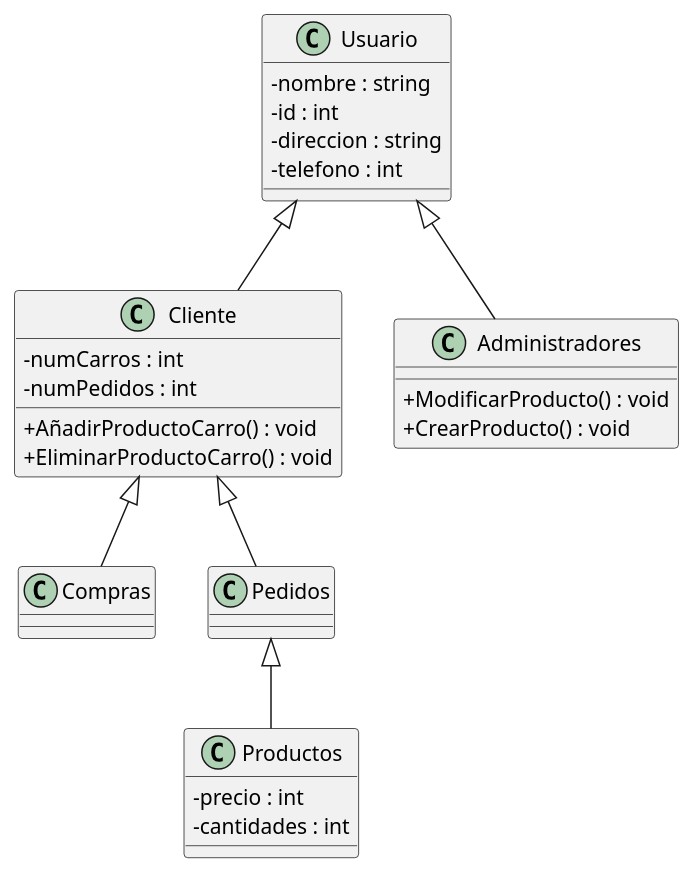
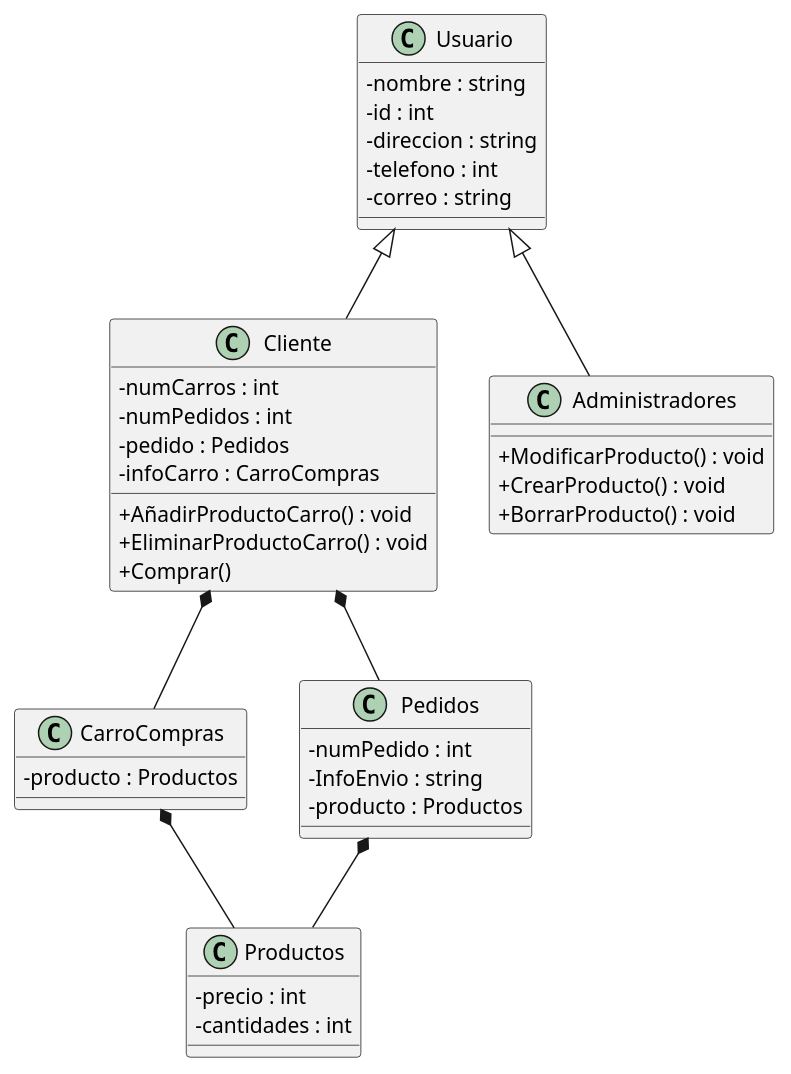
Before and after one commit to sandracremades/ED: the diagram in uml/TiendaOnline.puml, drawn with PlantUML.

Commit message:
ejercicio

```diff
--- a/uml/TiendaOnline.puml
+++ b/uml/TiendaOnline.puml
@@ -1,36 +1,50 @@
 @startuml VentaOnline
 skinparam classAttributeIconSize 0
-class Usuario{
+class Usuario
+{
     -nombre : string 
     -id : int
     -direccion : string
     -telefono : int
+    -correo : string
 }
-class Cliente{
+class Cliente
+{
     -numCarros : int
     -numPedidos : int
+    -pedido : Pedidos
+    -infoCarro : CarroCompras
     +AñadirProductoCarro() : void
     +EliminarProductoCarro() : void
+    +Comprar()
 }
-class Administradores{
+class Administradores
+{
     
     +ModificarProducto() : void
     +CrearProducto() : void
+    +BorrarProducto() : void
 }
-class Compras{
-
+class CarroCompras
+{
+    -producto : Productos
 }
-class Pedidos{
-    
+class Pedidos
+{
+    -numPedido : int
+    -InfoEnvio : string
+    -producto : Productos
 }
-class Productos{
+class Productos
+{
     -precio : int 
     -cantidades : int 
 }
 
 Usuario <|--Cliente
 Usuario <|--Administradores
-Cliente <|--Pedidos 
-Pedidos <|--Productos
-Cliente <|--Compras
+Cliente *-- Pedidos 
+Pedidos *-- Productos
+Cliente *-- CarroCompras
+CarroCompras *-- Productos
 @enduml
```
